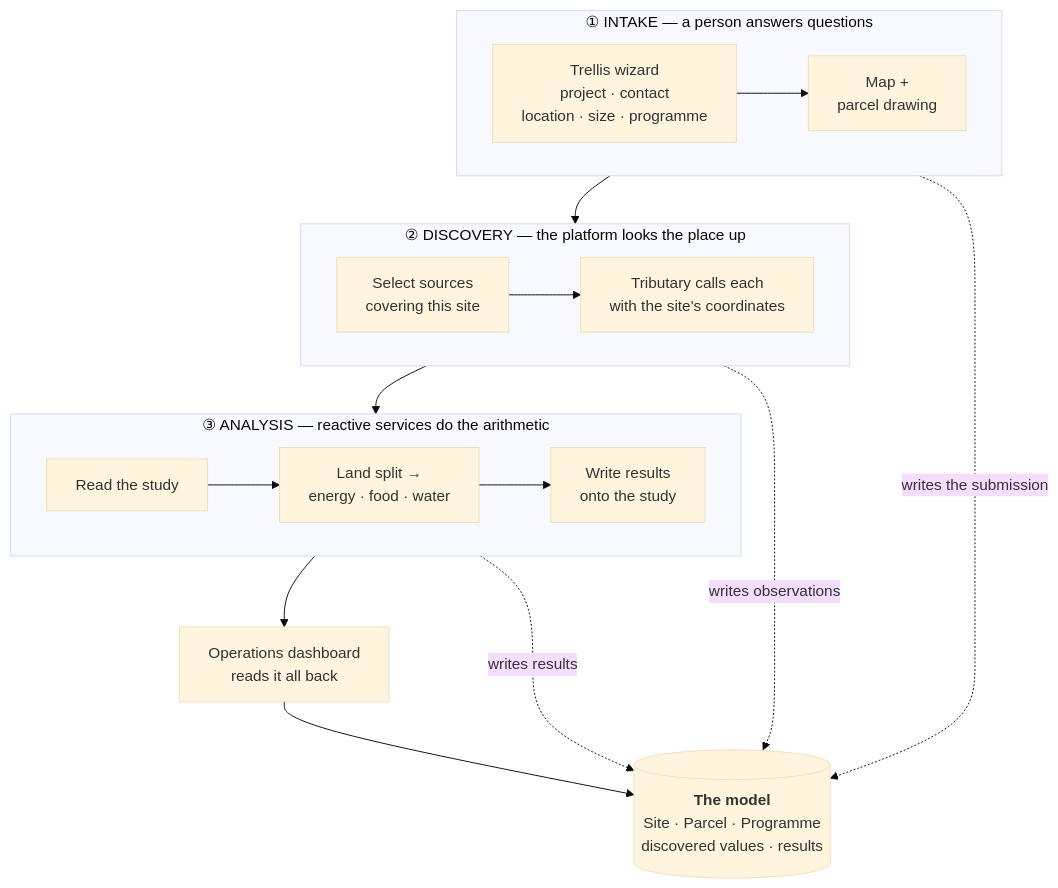
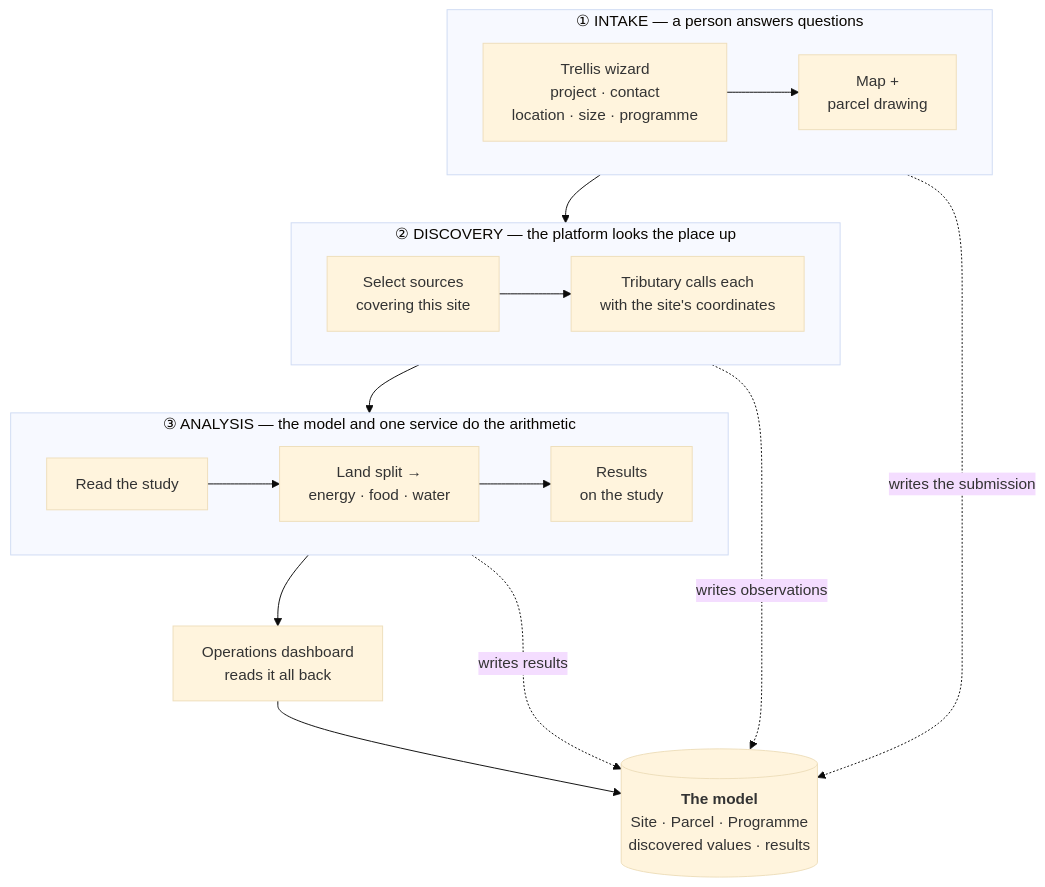
One commit to ReGen-Villages/VillageOS-API changed the third of 11 diagrams in docs/LAND_INTAKE.md. Above: the diagram before and after it, drawn with Mermaid (base theme). The commit also changed other lines of this file and 35 other files, not shown here.

````diff
--- a/docs/LAND_INTAKE.md
+++ b/docs/LAND_INTAKE.md
@@ -183,25 +172,25 @@
 ```mermaid
 flowchart TB
   subgraph P1["① INTAKE — a person answers questions"]
     direction LR
     W["Trellis wizard<br/>project · contact<br/>location · size · programme"] --> MAP["Map +<br/>parcel drawing"]
   end
 
   subgraph P2["② DISCOVERY — the platform looks the place up"]
     direction LR
     SEL["Select sources<br/>covering this site"] --> FETCH["Tributary calls each<br/>with the site's coordinates"]
   end
 
-  subgraph P3["③ ANALYSIS — reactive services do the arithmetic"]
+  subgraph P3["③ ANALYSIS — the model and one service do the arithmetic"]
     direction LR
-    READ["Read the study"] --> CALC["Land split →<br/>energy · food · water"] --> WRITE["Write results<br/>onto the study"]
+    READ["Read the study"] --> CALC["Land split →<br/>energy · food · water"] --> WRITE["Results<br/>on the study"]
   end
 
   DASH["Operations dashboard<br/>reads it all back"]
   MODEL[("<b>The model</b><br/>Site · Parcel · Programme<br/>discovered values · results")]
 
   P1 --> P2 --> P3 --> DASH --> MODEL
   P1 -.->|"writes the submission"| MODEL
   P2 -.->|"writes observations"| MODEL
   P3 -.->|"writes results"| MODEL
 ```
````
